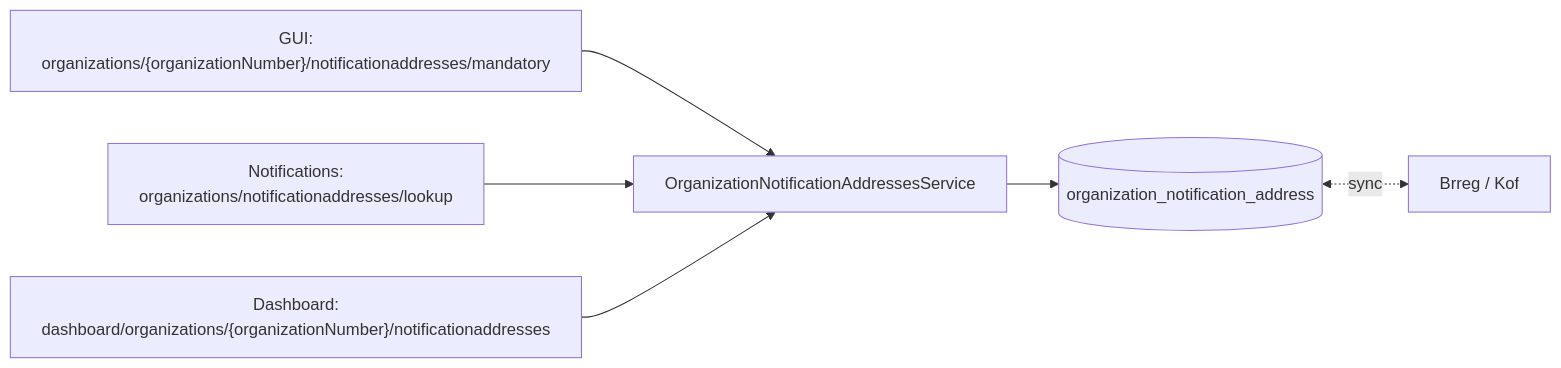
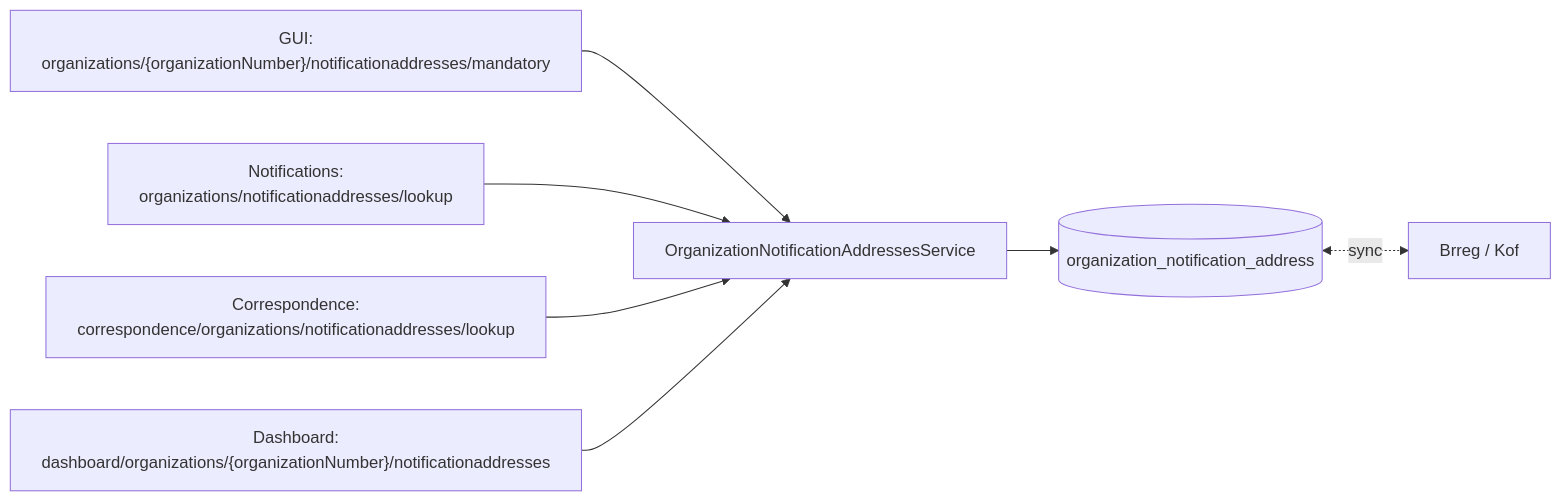
Before and after one commit to Altinn/altinn-profile: the first of 3 diagrams in docs/data-access-map.md, drawn with Mermaid. The commit also changed other lines of this file, not shown here.

````diff
--- a/docs/data-access-map.md
+++ b/docs/data-access-map.md
@@ -20,8 +21,9 @@
 ```mermaid
 graph LR
     GUI["GUI:<br/>organizations/{organizationNumber}/notificationaddresses/mandatory"] --> S1[OrganizationNotificationAddressesService]
     Notif["Notifications:<br/>organizations/notificationaddresses/lookup"] --> S1
+    Corr["Correspondence:<br/>correspondence/organizations/notificationaddresses/lookup"] --> S1
     Dash["Dashboard:<br/>dashboard/organizations/{organizationNumber}/notificationaddresses"] --> S1
     S1 --> T1[(organization_notification_address)]
     T1 <-.sync.-> Brreg[Brreg / Kof]
 ```
````
